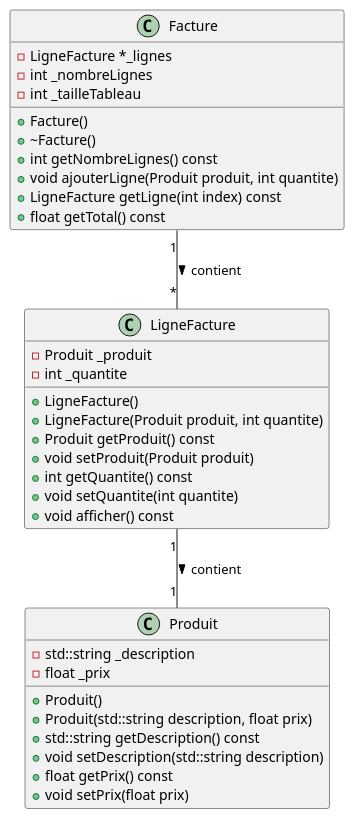
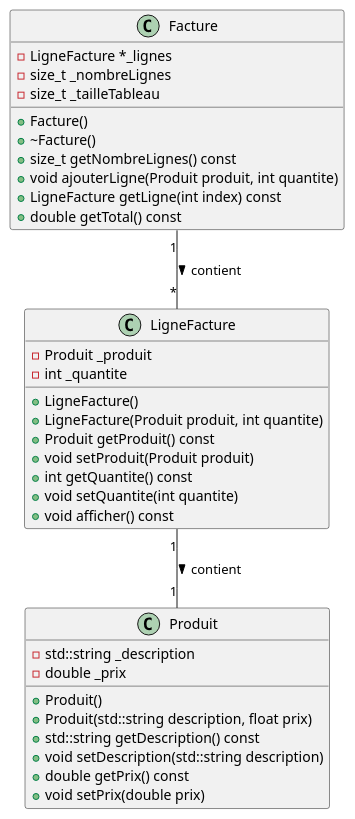
Before and after one commit to plbrault/420-SF2-RE: the diagram in exemples/chapitre4/facture-produit/diagramme.plantuml, drawn with PlantUML. The commit also changed other lines of this file, not shown here.

Commit message:
Utiliser double et size_t dans le diagramme de facture-produit

```diff
--- a/exemples/chapitre4/facture-produit/diagramme.plantuml
+++ b/exemples/chapitre4/facture-produit/diagramme.plantuml
@@ -1,40 +1,40 @@
 @startuml
 class Produit {
     - std::string _description
-    - float _prix
+    - double _prix
     + Produit()
     + Produit(std::string description, float prix)
     + std::string getDescription() const
     + void setDescription(std::string description)
-    + float getPrix() const
-    + void setPrix(float prix)
+    + double getPrix() const
+    + void setPrix(double prix)
 }
 
 class LigneFacture {
     - Produit _produit
     - int _quantite
     + LigneFacture()
     + LigneFacture(Produit produit, int quantite)
     + Produit getProduit() const
     + void setProduit(Produit produit)
     + int getQuantite() const
     + void setQuantite(int quantite)
     + void afficher() const
 }
 
 class Facture {
     - LigneFacture *_lignes
-    - int _nombreLignes
-    - int _tailleTableau
+    - size_t _nombreLignes
+    - size_t _tailleTableau
     + Facture()
     + ~Facture()
-    + int getNombreLignes() const
+    + size_t getNombreLignes() const
     + void ajouterLigne(Produit produit, int quantite)
     + LigneFacture getLigne(int index) const
-    + float getTotal() const
+    + double getTotal() const
 }
 
 ' Relations
 LigneFacture "1" -- "1" Produit : contient >
 Facture "1" -- "*" LigneFacture : contient >
 @enduml
```
